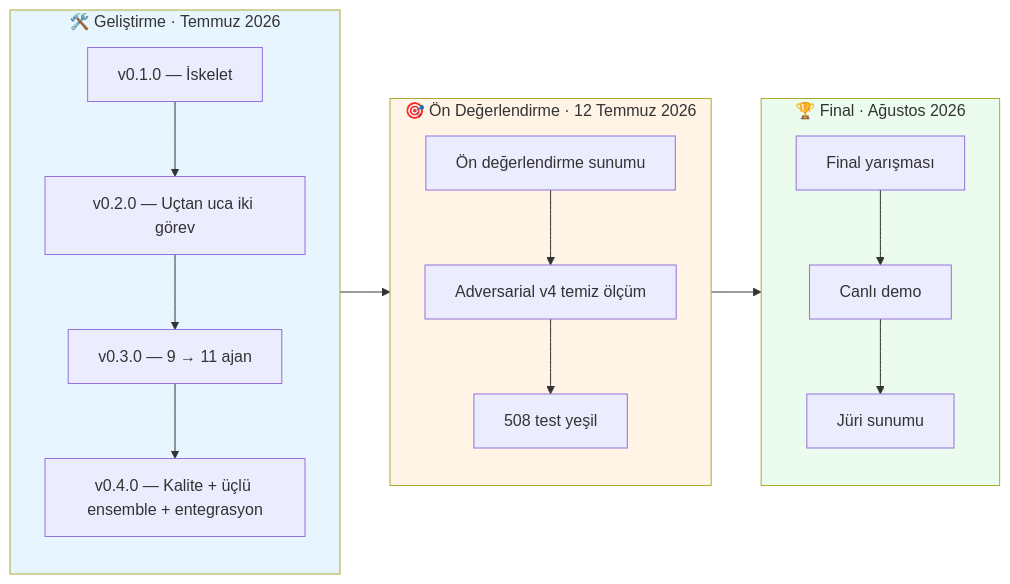
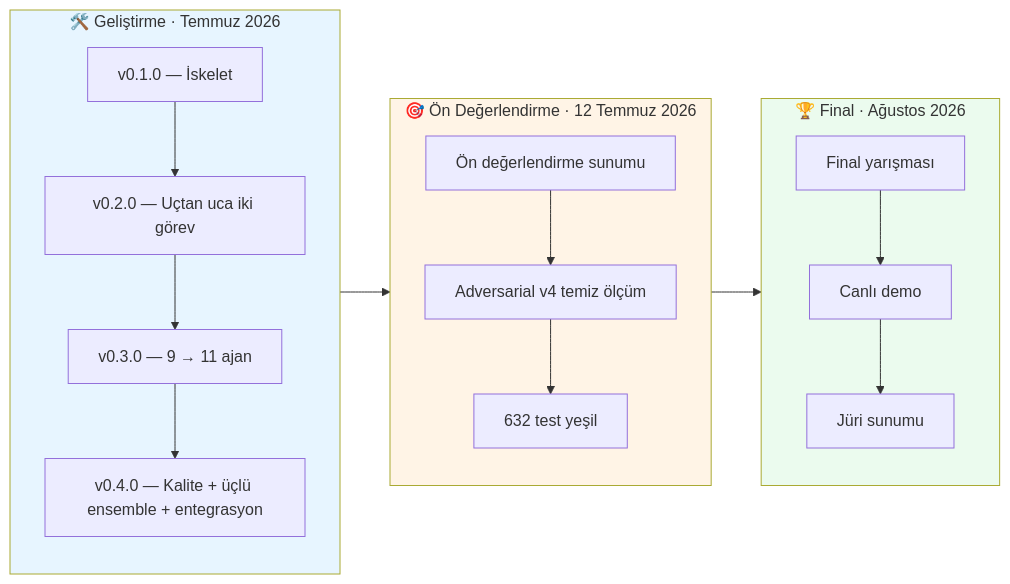
One commit to msgxr/teknofest-2026-kamu-evrak-akilli-ajan changed diagram 28 of 28 in README.md. Above: the diagram before and after it, drawn with Mermaid. The commit also changed other lines of this file and 16 other files, not shown here.

````diff
--- a/README.md
+++ b/README.md
@@ -1868,22 +1869,22 @@
 ```mermaid
 flowchart LR
     subgraph DEV["🛠️ Geliştirme · Temmuz 2026"]
         direction TB
         V01["v0.1.0 — İskelet"] --> V02["v0.2.0 — Uçtan uca iki görev"]
         V02 --> V03["v0.3.0 — 9 → 11 ajan"]
         V03 --> V04["v0.4.0 — Kalite + üçlü ensemble + entegrasyon"]
     end
     subgraph ON["🎯 Ön Değerlendirme · 12 Temmuz 2026"]
         direction TB
         P1["Ön değerlendirme sunumu"] --> P2["Adversarial v4 temiz ölçüm"]
-        P2 --> P3["508 test yeşil"]
+        P2 --> P3["632 test yeşil"]
     end
     subgraph FIN["🏆 Final · Ağustos 2026"]
         direction TB
         F1["Final yarışması"] --> F2["Canlı demo"] --> F3["Jüri sunumu"]
     end
     DEV --> ON --> FIN
     style DEV fill:#e7f5ff
     style ON fill:#fff4e6
     style FIN fill:#ebfbee
 ```
````
